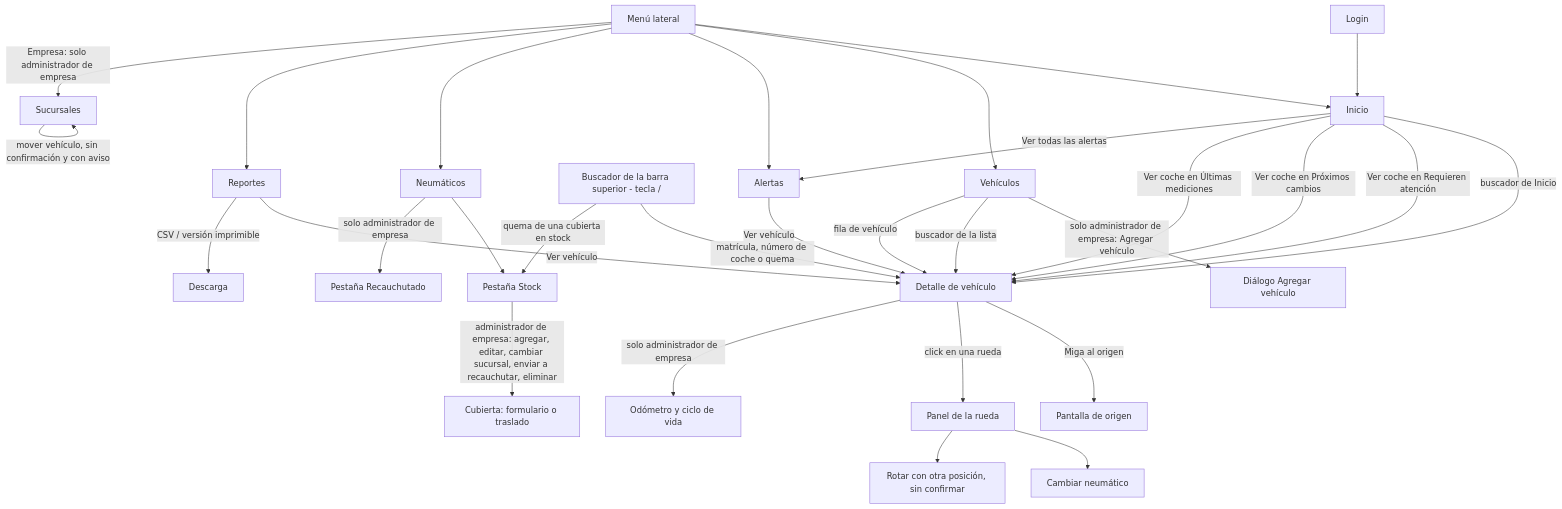
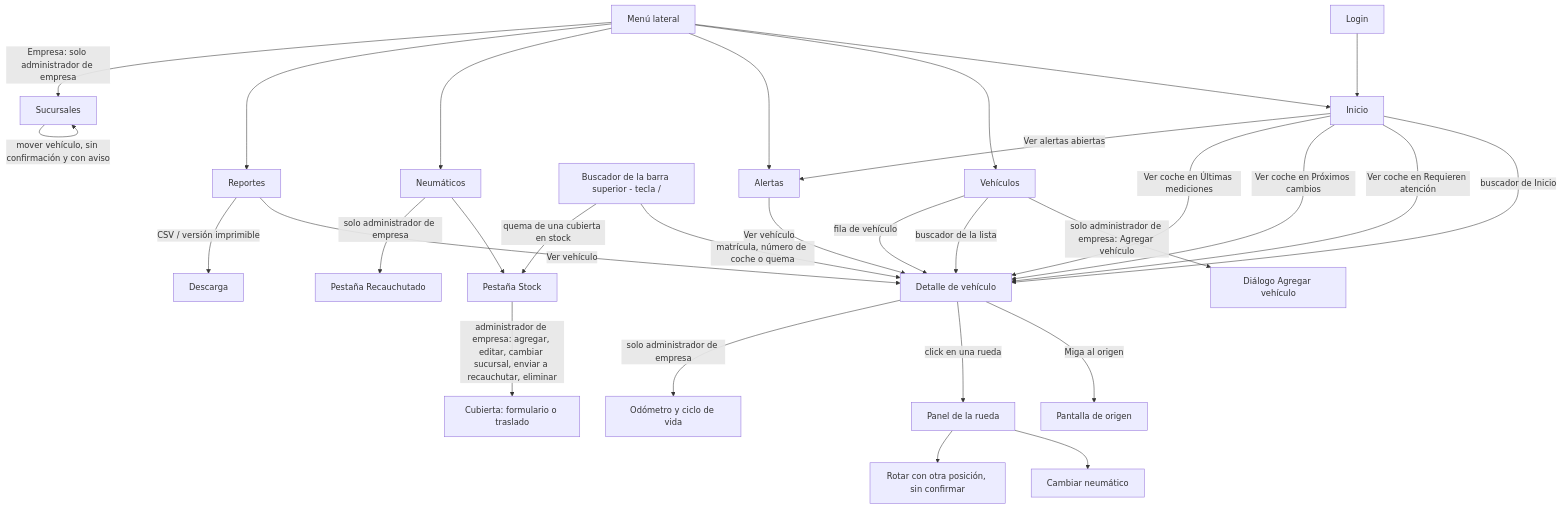
The first of 2 diagrams in docs/12-mapa-navegacion.md (EM-Organization/Neumet-Gestion), drawn with Mermaid before and after one commit. The commit also changed other lines of this file and 12 other files, not shown here.

````diff
--- a/docs/12-mapa-navegacion.md
+++ b/docs/12-mapa-navegacion.md
@@ -30,33 +30,33 @@
 ```mermaid
 flowchart TD
   L[Login] --> I[Inicio]
   M[Menú lateral] --> I
   M --> V[Vehículos]
   M --> A[Alertas]
   M --> N[Neumáticos]
   N --> S[Pestaña Stock]
   N -->|solo administrador de empresa| RC[Pestaña Recauchutado]
   S -->|administrador de empresa: agregar, editar, cambiar sucursal, enviar a recauchutar, eliminar| SC[Cubierta: formulario o traslado]
   M --> R[Reportes]
   M -->|Empresa: solo administrador de empresa| SU[Sucursales]
   SU -->|crear, renombrar, eliminar| SU
   SU -->|mover vehículo, sin confirmación y con aviso| SU
   V -->|solo administrador de empresa: Agregar vehículo| VA[Diálogo Agregar vehículo]
   B[Buscador de la barra superior - tecla /] -->|matrícula, número de coche o quema| VD[Detalle de vehículo]
   B -->|quema de una cubierta en stock| S
   I -->|buscador de Inicio| VD
   I -->|Ver coche en Requieren atención| VD
   I -->|Ver coche en Próximos cambios| VD
   I -->|Ver coche en Últimas mediciones| VD
-  I -->|Ver todas las alertas| A
+  I -->|Ver alertas abiertas| A
   V -->|buscador de la lista| VD
   V -->|fila de vehículo| VD
   A -->|Ver vehículo| VD
   R -->|Ver vehículo| VD
   VD -->|Miga al origen| ORIGEN[Pantalla de origen]
   VD -->|click en una rueda| PR[Panel de la rueda]
   PR --> CN[Cambiar neumático]
   PR --> RO[Rotar con otra posición, sin confirmar]
   VD -->|solo administrador de empresa| OD[Odómetro y ciclo de vida]
   R -->|CSV / versión imprimible| X[Descarga]
 ```
````
